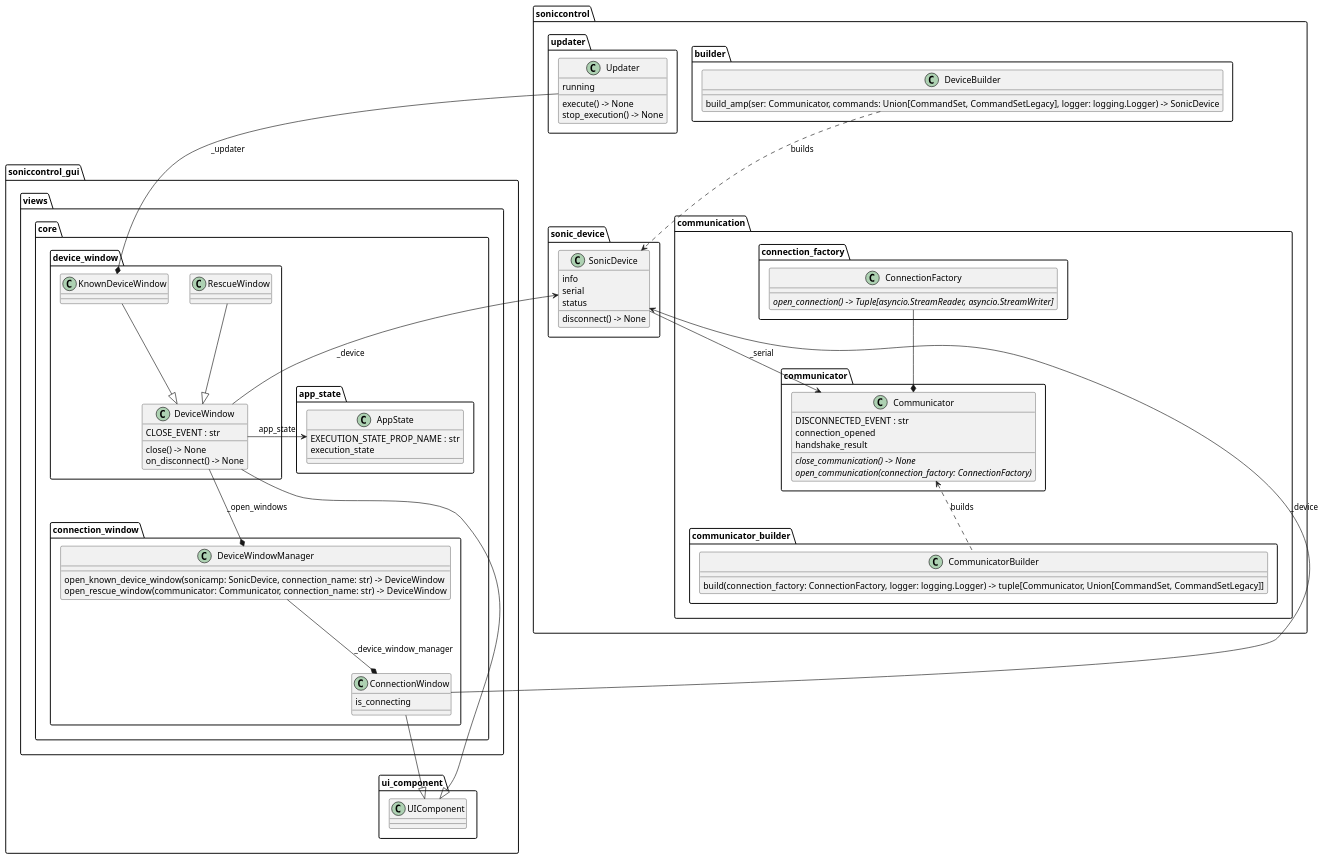
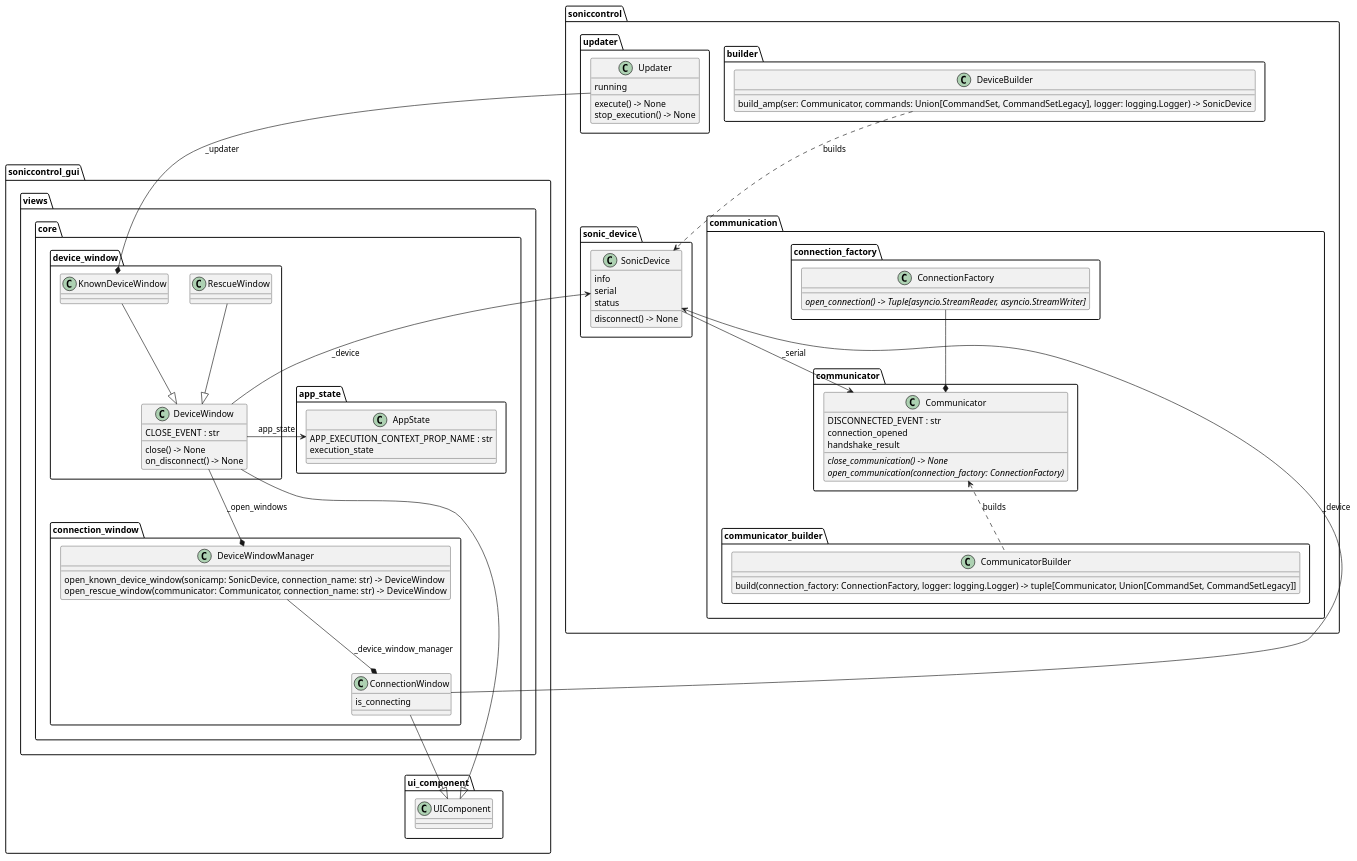
Before and after one commit to usepat/SW-soniccontrol: the diagram in docs/diagrams/sonic_control_gui/connection.puml, drawn with PlantUML. The commit also changed 5 other files, not shown here.

```diff
--- a/docs/diagrams/sonic_control_gui/connection.puml
+++ b/docs/diagrams/sonic_control_gui/connection.puml
@@ -1,80 +1,80 @@
 @startuml Establishing a Connection
 
 set separator . 
 skinparam classSeparator "."
 skinparam packageSeparator "."
 top to bottom direction
 
 class "ConnectionFactory" as soniccontrol.communication.connection_factory.ConnectionFactory {
   {abstract}open_connection() -> Tuple[asyncio.StreamReader, asyncio.StreamWriter]
 }
 
 class "Communicator" as soniccontrol.communication.communicator.Communicator {
   DISCONNECTED_EVENT : str
   connection_opened
   handshake_result
   {abstract}close_communication() -> None
   {abstract}open_communication(connection_factory: ConnectionFactory)
 }
 
 class "CommunicatorBuilder" as soniccontrol.communication.communicator_builder.CommunicatorBuilder {
   build(connection_factory: ConnectionFactory, logger: logging.Logger) -> tuple[Communicator, Union[CommandSet, CommandSetLegacy]]
 }
 
 class "DeviceBuilder" as soniccontrol.builder.DeviceBuilder {
   build_amp(ser: Communicator, commands: Union[CommandSet, CommandSetLegacy], logger: logging.Logger) -> SonicDevice
 }
 
 class "SonicDevice" as soniccontrol.sonic_device.SonicDevice {
   info
   serial
   status
   disconnect() -> None
 }
 
 class "Updater" as soniccontrol.updater.Updater {
   running
   execute() -> None
   stop_execution() -> None
 }
 
 class "AppState" as soniccontrol_gui.views.core.app_state.AppState {
-  EXECUTION_STATE_PROP_NAME : str
+  APP_EXECUTION_CONTEXT_PROP_NAME : str
   execution_state
 }
 class "RescueWindow" as soniccontrol_gui.views.core.device_window.RescueWindow {
 }
 class "KnownDeviceWindow" as soniccontrol_gui.views.core.device_window.KnownDeviceWindow {
 }
 class "DeviceWindow" as soniccontrol_gui.views.core.device_window.DeviceWindow {
   CLOSE_EVENT : str
   close() -> None
   on_disconnect() -> None
 }
 class "DeviceWindowManager" as soniccontrol_gui.views.core.connection_window.DeviceWindowManager {
   open_known_device_window(sonicamp: SonicDevice, connection_name: str) -> DeviceWindow
   open_rescue_window(communicator: Communicator, connection_name: str) -> DeviceWindow
 }
 class "ConnectionWindow" as soniccontrol_gui.views.core.connection_window.ConnectionWindow {
   is_connecting
 }
 
 soniccontrol.sonic_device.SonicDevice --> soniccontrol.communication.communicator.Communicator : _serial
 soniccontrol.sonic_device.SonicDevice <.u. soniccontrol.builder.DeviceBuilder : builds
 soniccontrol.communication.communicator.Communicator *-u- soniccontrol.communication.connection_factory.ConnectionFactory
 soniccontrol.communication.communicator.Communicator <.. soniccontrol.communication.communicator_builder.CommunicatorBuilder : builds
 
 soniccontrol_gui.views.core.connection_window.ConnectionWindow --|> soniccontrol_gui.ui_component.UIComponent
 soniccontrol_gui.views.core.device_window.DeviceWindow --|> soniccontrol_gui.ui_component.UIComponent
 soniccontrol_gui.views.core.device_window.KnownDeviceWindow --|> soniccontrol_gui.views.core.device_window.DeviceWindow
 soniccontrol_gui.views.core.device_window.RescueWindow --|> soniccontrol_gui.views.core.device_window.DeviceWindow
 soniccontrol.updater.Updater --* soniccontrol_gui.views.core.device_window.KnownDeviceWindow : _updater
 soniccontrol_gui.views.core.connection_window.DeviceWindowManager --* soniccontrol_gui.views.core.connection_window.ConnectionWindow : _device_window_manager
 soniccontrol_gui.views.core.device_window.DeviceWindow -l-> soniccontrol_gui.views.core.app_state.AppState : app_state
 
 soniccontrol_gui.views.core.device_window.DeviceWindow --* soniccontrol_gui.views.core.connection_window.DeviceWindowManager : _open_windows
 
 soniccontrol_gui.views.core.device_window.DeviceWindow -l-> soniccontrol.sonic_device.SonicDevice : _device
 soniccontrol_gui.views.core.connection_window.ConnectionWindow -l-> soniccontrol.sonic_device.SonicDevice : _device
 
 @enduml
```
